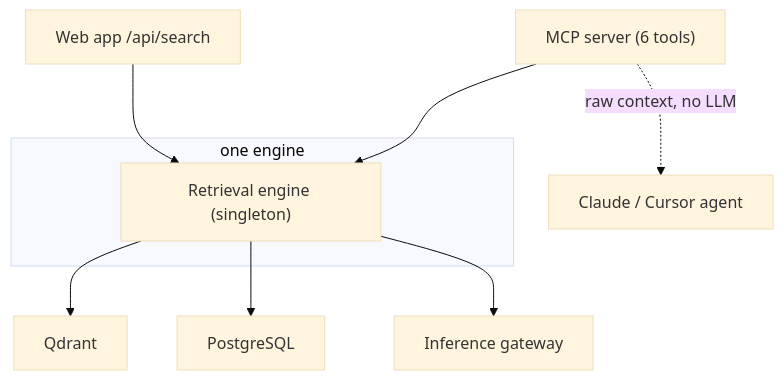
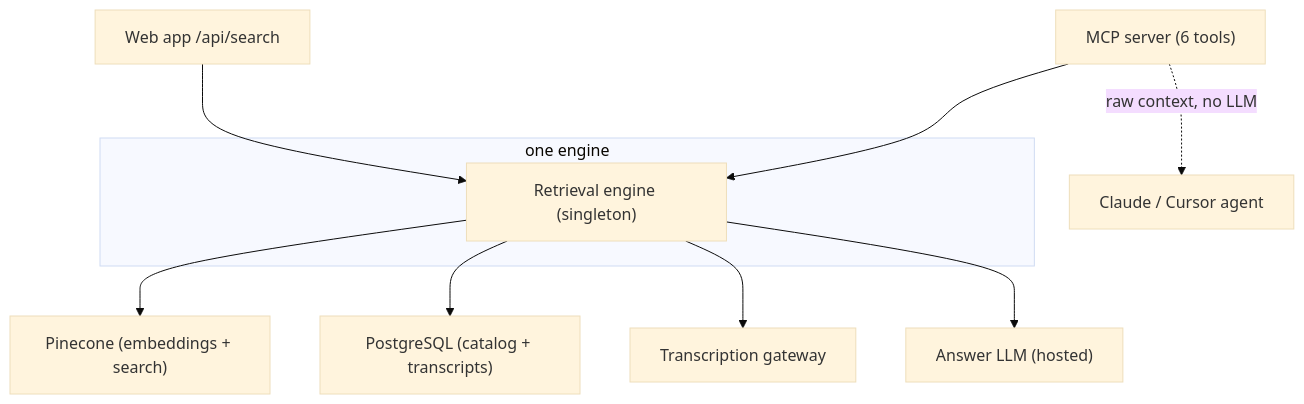
One commit to ankitaggarwal/podsearch.space changed the fourth of 4 diagrams in ARCHITECTURE.md. Above: the diagram before and after it, drawn with Mermaid (base theme). The commit also changed other lines of this file and 5 other files, not shown here.

Commit message:
Docs: update Qdrant/embeddinggemma → Pinecone integrated embedding throughout

````diff
--- a/ARCHITECTURE.md
+++ b/ARCHITECTURE.md
@@ -106,12 +107,13 @@
 ```mermaid
 flowchart TD
     subgraph one engine
       ENG["Retrieval engine (singleton)"]
     end
     WEB["Web app /api/search"] --> ENG
     MCP["MCP server (6 tools)"] --> ENG
-    ENG --> Q["Qdrant"]
-    ENG --> PG["PostgreSQL"]
-    ENG --> GWc["Inference gateway"]
+    ENG --> Q["Pinecone (embeddings + search)"]
+    ENG --> PG["PostgreSQL (catalog + transcripts)"]
+    ENG --> GWc["Transcription gateway"]
+    ENG --> ANS["Answer LLM (hosted)"]
     MCP -. raw context, no LLM .-> AG["Claude / Cursor agent"]
 ```
````
